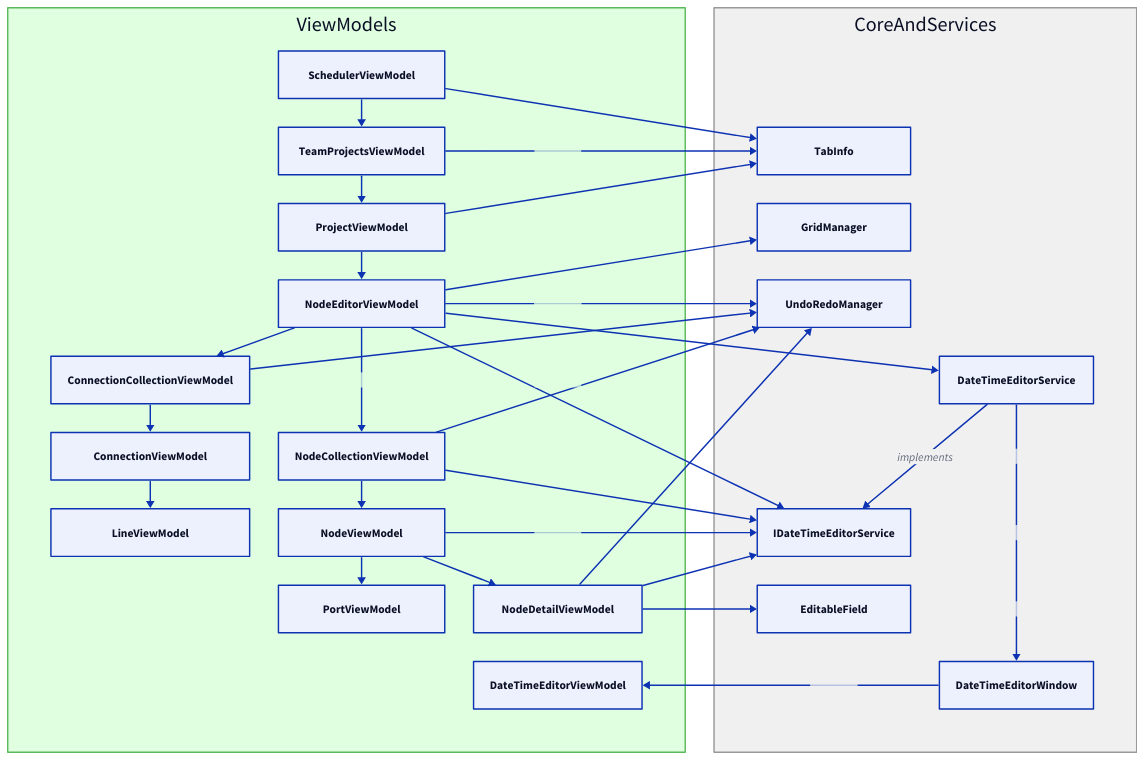
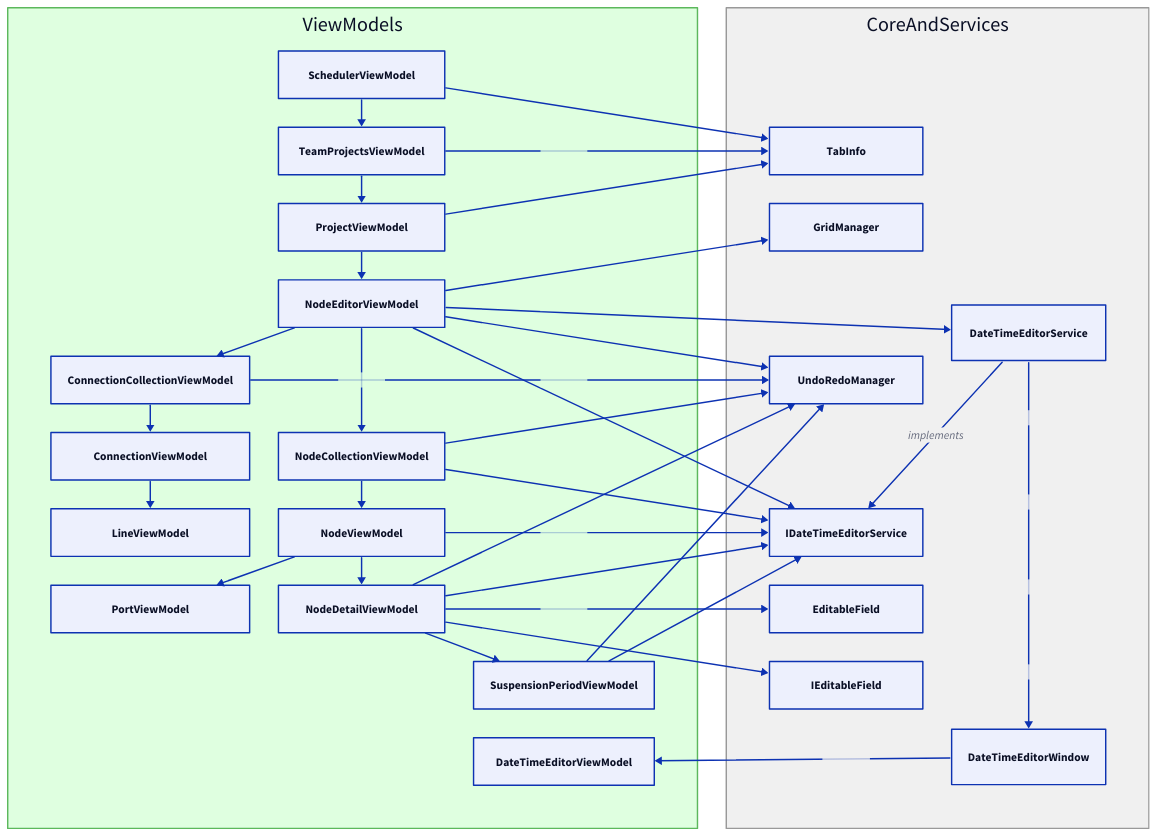
One commit to WhiteCatMonar/WcmScheduler changed the fourth of 5 diagrams in documentation/task_editor_spec.md. Above: the diagram before and after it, drawn with D2. The commit also changed other lines of this file and 11 other files, not shown here.

```diff
--- a/documentation/task_editor_spec.md
+++ b/documentation/task_editor_spec.md
@@ -292,6 +345,7 @@
   ConnectionCollectionViewModel
   ConnectionViewModel
   LineViewModel
+  PortViewModel
   Blank1_5:{style.opacity:0}
   Blank1_6:{style.opacity:0}
 
@@ -302,8 +356,9 @@
   Blank2_1:{style.opacity:0}
   NodeCollectionViewModel
   NodeViewModel
-  PortViewModel
+  NodeDetailViewModel
   Blank2_2:{style.opacity:0}
+  Blank2_3:{style.opacity:0}
 
   Blank3_1:{style.opacity:0}
   Blank3_2:{style.opacity:0}
@@ -312,7 +367,8 @@
   Blank3_5:{style.opacity:0}
   Blank3_6:{style.opacity:0}
   Blank3_7:{style.opacity:0}
-  NodeDetailViewModel
+  Blank3_8:{style.opacity:0}
+  SuspensionPeriodViewModel
   DateTimeEditorViewModel
 }
 
@@ -324,18 +380,19 @@
   Blank1_1:{style.opacity:0}
   TabInfo
   GridManager
+  Blank1_2:{style.opacity:0}
   UndoRedoManager
-  Blank1_2:{style.opacity:0}
   Blank1_3:{style.opacity:0}
   IDateTimeEditorService
   EditableField
+  IEditableField
   Blank1_4:{style.opacity:0}
 
   Blank2_1:{style.opacity:0}
   Blank2_2:{style.opacity:0}
   Blank2_3:{style.opacity:0}
+  DateTimeEditorService
   Blank2_4:{style.opacity:0}
-  DateTimeEditorService
   Blank2_5:{style.opacity:0}
   Blank2_6:{style.opacity:0}
   Blank2_7:{style.opacity:0}
@@ -362,9 +419,13 @@
 viewmodels.NodeViewModel -> viewmodels.NodeDetailViewModel
 viewmodels.NodeViewModel -> viewmodels.PortViewModel
 viewmodels.NodeViewModel -> core.IDateTimeEditorService
+viewmodels.NodeDetailViewModel -> viewmodels.SuspensionPeriodViewModel
 viewmodels.NodeDetailViewModel -> core.EditableField
+viewmodels.NodeDetailViewModel -> core.IEditableField
 viewmodels.NodeDetailViewModel -> core.UndoRedoManager
 viewmodels.NodeDetailViewModel -> core.IDateTimeEditorService
+viewmodels.SuspensionPeriodViewModel -> core.UndoRedoManager
+viewmodels.SuspensionPeriodViewModel -> core.IDateTimeEditorService
 
 viewmodels.ConnectionCollectionViewModel -> viewmodels.ConnectionViewModel
 viewmodels.ConnectionCollectionViewModel -> core.UndoRedoManager
```
